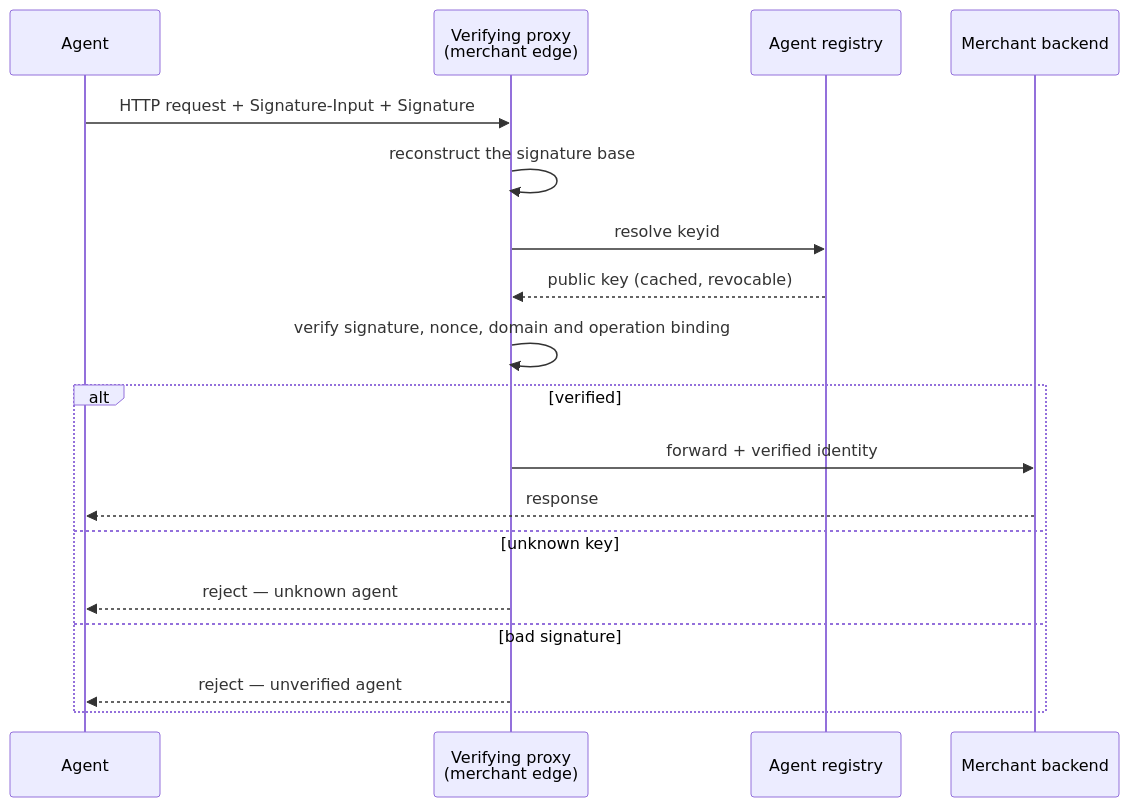
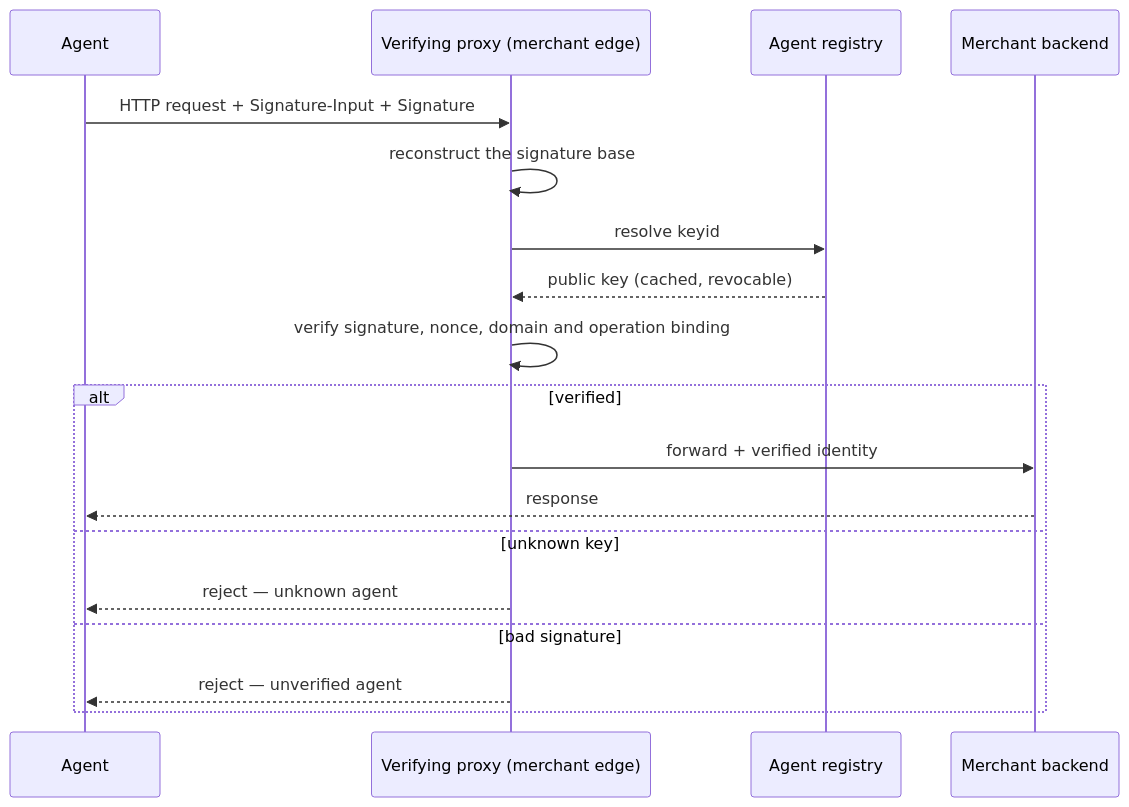
The first of 3 diagrams in docs/protocols/tap.md (SkylinePlatform/agentic-payments), drawn with Mermaid before and after one commit. The commit also changed other lines of this file and 6 other files, not shown here.

First line of the commit message:
docs: diagrams that glue their own words on the renderer readers use (#264)

````diff
--- a/docs/protocols/tap.md
+++ b/docs/protocols/tap.md
@@ -74,20 +74,20 @@
 ```mermaid
 sequenceDiagram
     participant A as Agent
-    participant P as Verifying proxy<br/>(merchant edge)
+    participant P as Verifying proxy (merchant edge)
     participant R as Agent registry
     participant M as Merchant backend
     A->>P: HTTP request + Signature-Input + Signature
     P->>P: reconstruct the signature base
     P->>R: resolve keyid
     R-->>P: public key (cached, revocable)
     P->>P: verify signature, nonce, domain and operation binding
     alt verified
         P->>M: forward + verified identity
         M-->>A: response
     else unknown key
         P-->>A: reject — unknown agent
     else bad signature
         P-->>A: reject — unverified agent
     end
 ```
````
